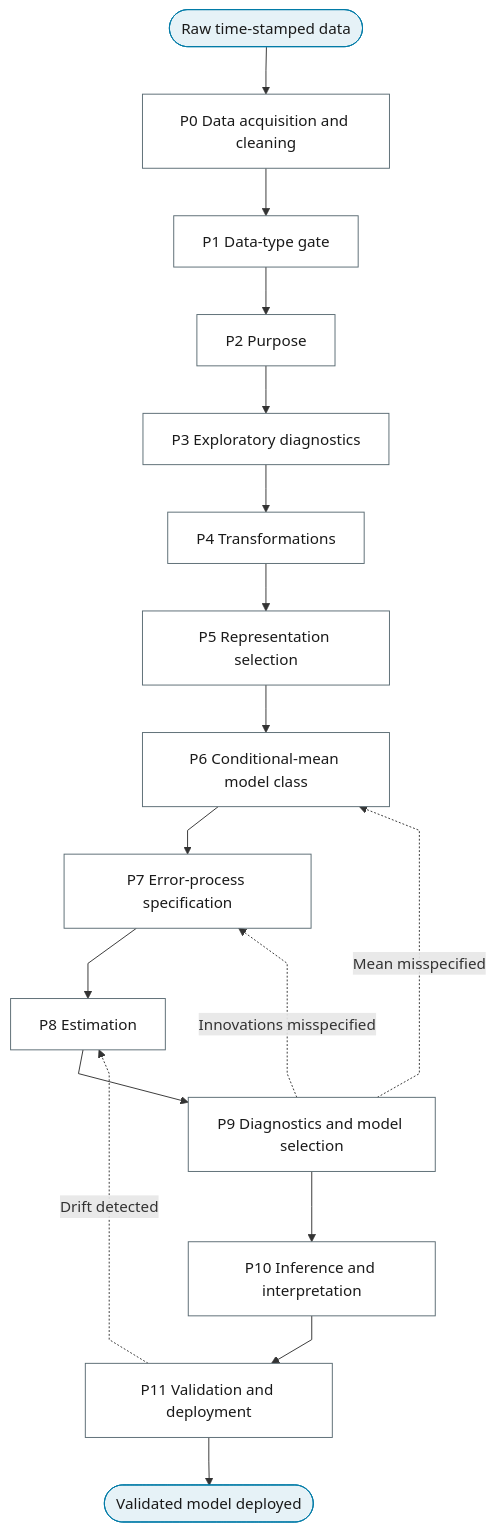
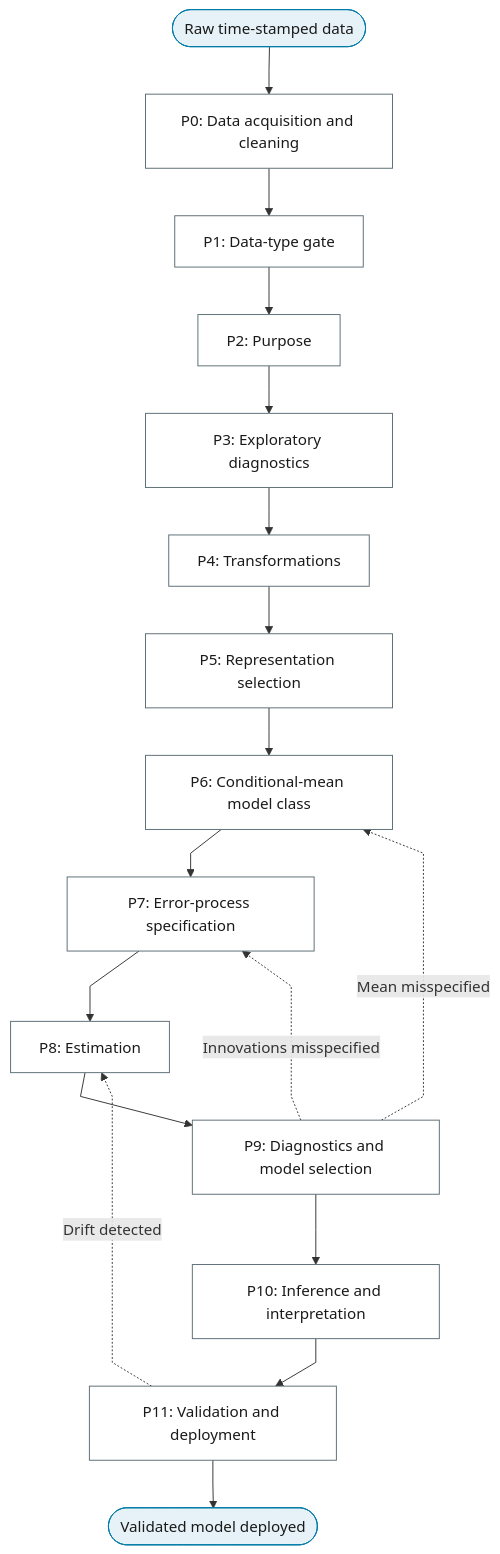
One commit to Shuxin-Y/time-series-analysis-manual changed the diagram in docs/01-workflow/index.md. Above: the diagram before and after it, drawn with Mermaid. The commit also changed 17 other files, not shown here.

````diff
--- a/docs/01-workflow/index.md
+++ b/docs/01-workflow/index.md
@@ -7,30 +7,30 @@
 ```mermaid
 %%{init: {"flowchart": {"curve": "linear"}}}%%
 graph TD
-    MASTER_START(["Raw time-stamped data"]) --> P0["P0 Data acquisition and cleaning"]
-    P0 --> P1["P1 Data-type gate"]
-    P1 --> P2["P2 Purpose"]
-    P2 --> P3["P3 Exploratory diagnostics"]
-    P3 --> P4["P4 Transformations"]
-    P4 --> P5["P5 Representation selection"]
-    P5 --> P6["P6 Conditional-mean model class"]
-    P6 --> P7["P7 Error-process specification"]
-    P7 --> P8["P8 Estimation"]
-    P8 --> P9["P9 Diagnostics and model selection"]
-    P9 --> P10["P10 Inference and interpretation"]
-    P10 --> P11["P11 Validation and deployment"]
+    MASTER_START(["Raw time-stamped data"]) --> P0["P0: Data acquisition and cleaning"]
+    P0 --> P1["P1: Data-type gate"]
+    P1 --> P2["P2: Purpose"]
+    P2 --> P3["P3: Exploratory diagnostics"]
+    P3 --> P4["P4: Transformations"]
+    P4 --> P5["P5: Representation selection"]
+    P5 --> P6["P6: Conditional-mean model class"]
+    P6 --> P7["P7: Error-process specification"]
+    P7 --> P8["P8: Estimation"]
+    P8 --> P9["P9: Diagnostics and model selection"]
+    P9 --> P10["P10: Inference and interpretation"]
+    P10 --> P11["P11: Validation and deployment"]
     P9 -.->|"Mean misspecified"| P6
     P9 -.->|"Innovations misspecified"| P7
     P11 -.->|"Drift detected"| P8
     P11 --> MASTER_END(["Validated model deployed"])
     class MASTER_START,MASTER_END terminator
     class P0,P1,P2,P3,P4,P5,P6,P7,P8,P9,P10,P11 process
     classDef terminator fill:#E6F2F7,stroke:#007BA7,color:#1A1A1A;
     classDef process fill:#FFFFFF,stroke:#5A6B73,color:#1A1A1A;
     classDef decision fill:#EFE7F0,stroke:#9B7FA7,color:#1A1A1A;
     classDef data fill:#FFF4E0,stroke:#C9A55E,color:#1A1A1A;
     classDef good fill:#DCEFD8,stroke:#4A7A3F,color:#1A1A1A;
     classDef escalate fill:#FFE9C2,stroke:#C9A55E,color:#1A1A1A;
     classDef problem fill:#F2D9DE,stroke:#800020,color:#1A1A1A;
     classDef ref fill:#F7F7F7,stroke:#5A6B73,color:#1A1A1A,stroke-dasharray:4 3;
 ```
````
